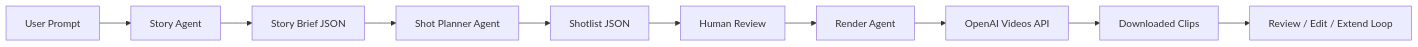
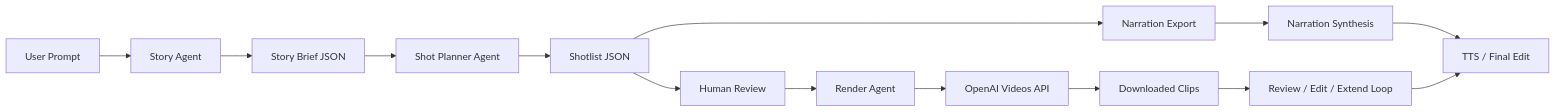
The diagram in docs/agent-workflow.md (yongjip/multiversal-pictures), drawn with Mermaid before and after one commit. The commit also changed other lines of this file and 13 other files, not shown here.

````diff
--- a/docs/agent-workflow.md
+++ b/docs/agent-workflow.md
@@ -5,12 +5,16 @@
 ```mermaid
 flowchart LR
     U["User Prompt"] --> S["Story Agent"]
     S --> B["Story Brief JSON"]
     B --> P["Shot Planner Agent"]
     P --> L["Shotlist JSON"]
+    L --> N["Narration Export"]
+    N --> A["Narration Synthesis"]
+    A --> T["TTS / Final Edit"]
     L --> H["Human Review"]
     H --> R["Render Agent"]
     R --> V["OpenAI Videos API"]
     V --> O["Downloaded Clips"]
     O --> Q["Review / Edit / Extend Loop"]
+    Q --> T
 ```
````
